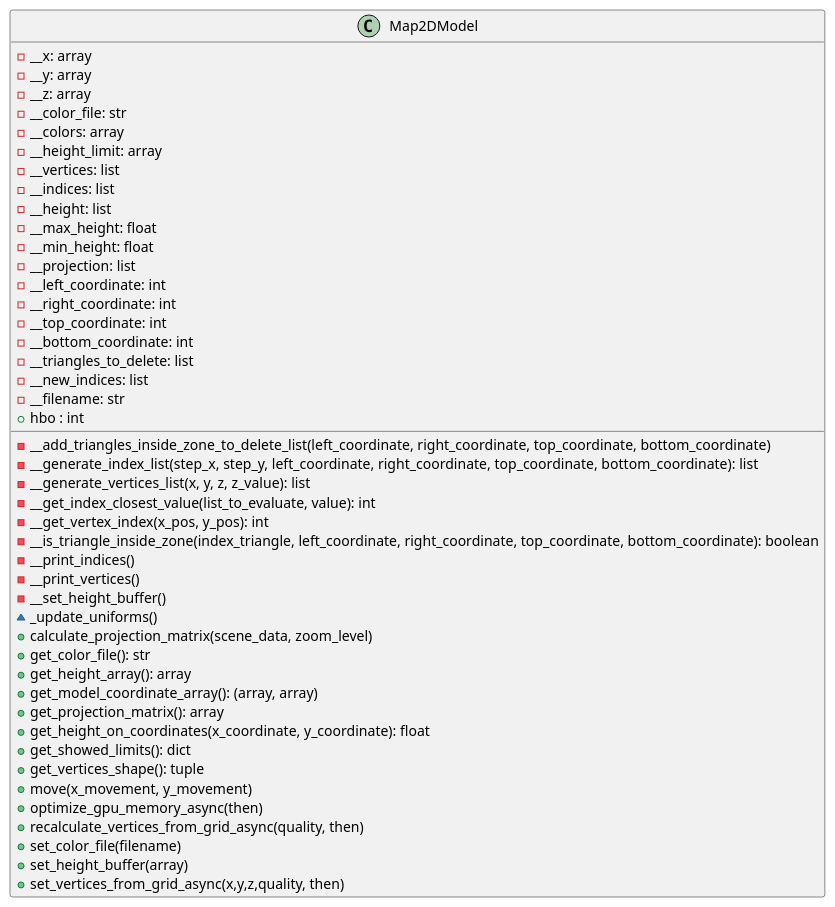
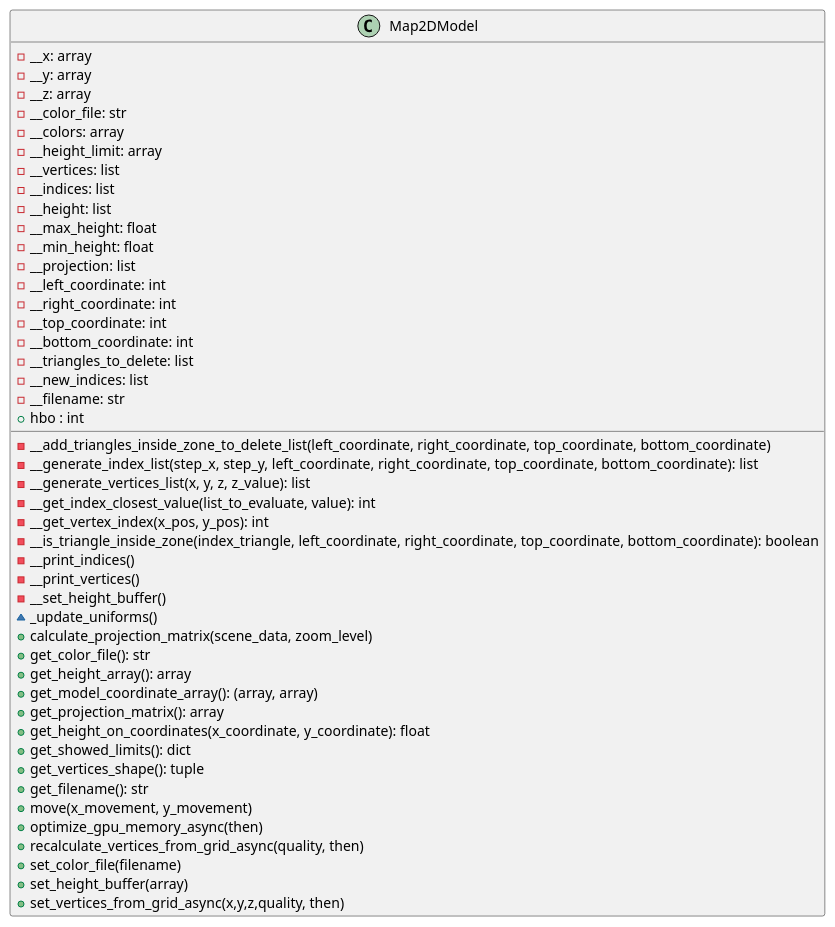
The diagram in docs/classes/Map2DModel.puml (ferpoble2/Relief_Creator), drawn with PlantUML before and after one commit. The commit also changed 1 other file, not shown here.

Commit message:
Added method get_filename to the Map2DModel class. Also, updated documentation with the method.

```diff
--- a/docs/classes/Map2DModel.puml
+++ b/docs/classes/Map2DModel.puml
@@ -1,51 +1,52 @@
 @startuml
                 class Map2DModel {
                     - __x: array
                     - __y: array
                     - __z: array
                     - __color_file: str
                     - __colors: array
                     - __height_limit: array
                     - __vertices: list
                     - __indices: list
                     - __height: list
                     - __max_height: float
                     - __min_height: float
                     - __projection: list
                     - __left_coordinate: int
                     - __right_coordinate: int
                     - __top_coordinate: int
                     - __bottom_coordinate: int
                     - __triangles_to_delete: list
                     - __new_indices: list
                     - __filename: str
                     + hbo : int
 
 
                     - __add_triangles_inside_zone_to_delete_list(left_coordinate, right_coordinate, top_coordinate, bottom_coordinate)
                     - __generate_index_list(step_x, step_y, left_coordinate, right_coordinate, top_coordinate, bottom_coordinate): list
                     - __generate_vertices_list(x, y, z, z_value): list
                     - __get_index_closest_value(list_to_evaluate, value): int
                     - __get_vertex_index(x_pos, y_pos): int
                     - __is_triangle_inside_zone(index_triangle, left_coordinate, right_coordinate, top_coordinate, bottom_coordinate): boolean
                     - __print_indices()
                     - __print_vertices()
                     - __set_height_buffer()
                     ~ _update_uniforms()
                     + calculate_projection_matrix(scene_data, zoom_level)
                     + get_color_file(): str
                     + get_height_array(): array
                     + get_model_coordinate_array(): (array, array)
                     + get_projection_matrix(): array
                     + get_height_on_coordinates(x_coordinate, y_coordinate): float
                     + get_showed_limits(): dict
                     + get_vertices_shape(): tuple
+                    + get_filename(): str
                     + move(x_movement, y_movement)
                     + optimize_gpu_memory_async(then)
                     + recalculate_vertices_from_grid_async(quality, then)
                     + set_color_file(filename)
                     + set_height_buffer(array)
                     + set_vertices_from_grid_async(x,y,z,quality, then)
 
                 }
 @enduml
```
